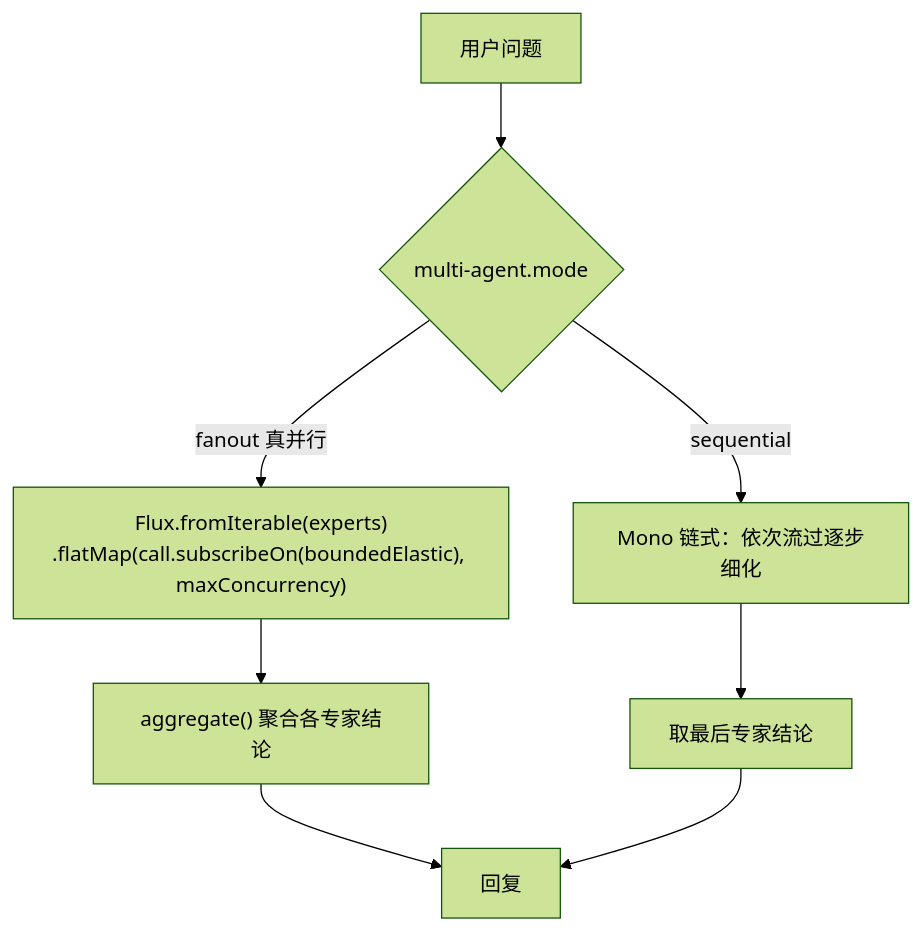
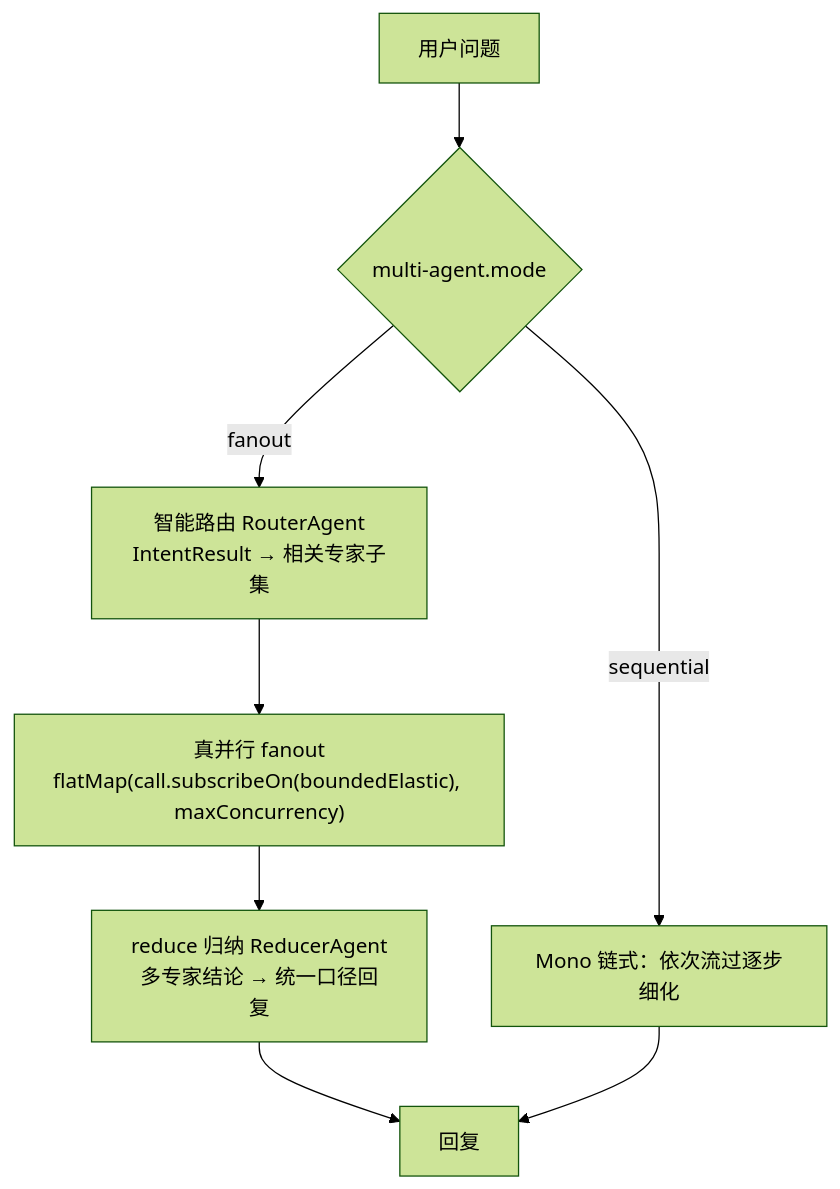
Diagram 20 of 26 in docs/详细技术文档.md (liulangjietou/customer_work), drawn with Mermaid (forest theme) before and after one commit. The commit also changed other lines of this file and 5 other files, not shown here.

First line of the commit message:
feat(multi-agent): 智能路由 + reduce 归纳 + 并行可观测埋点

````diff
--- a/docs/详细技术文档.md
+++ b/docs/详细技术文档.md
@@ -677,9 +677,10 @@
 ```mermaid
 flowchart TB
     Q[用户问题] --> MODE{multi-agent.mode}
-    MODE -->|fanout 真并行| FO["Flux.fromIterable(experts)<br/>.flatMap(call.subscribeOn(boundedElastic), maxConcurrency)"]
+    MODE -->|fanout| RT["智能路由 RouterAgent<br/>IntentResult → 相关专家子集"]
+    RT --> FO["真并行 fanout<br/>flatMap(call.subscribeOn(boundedElastic), maxConcurrency)"]
+    FO --> RD["reduce 归纳 ReducerAgent<br/>多专家结论 → 统一口径回复"]
     MODE -->|sequential| SE["Mono 链式：依次流过逐步细化"]
-    FO --> AGG["aggregate() 聚合各专家结论"]
-    SE --> LAST["取最后专家结论"]
-    AGG & LAST --> R[回复]
+    RD --> R[回复]
+    SE --> R
 ```
````
